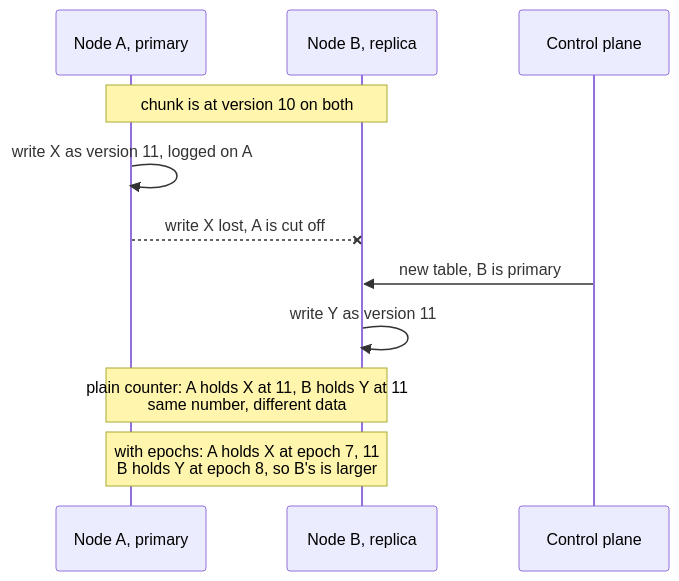
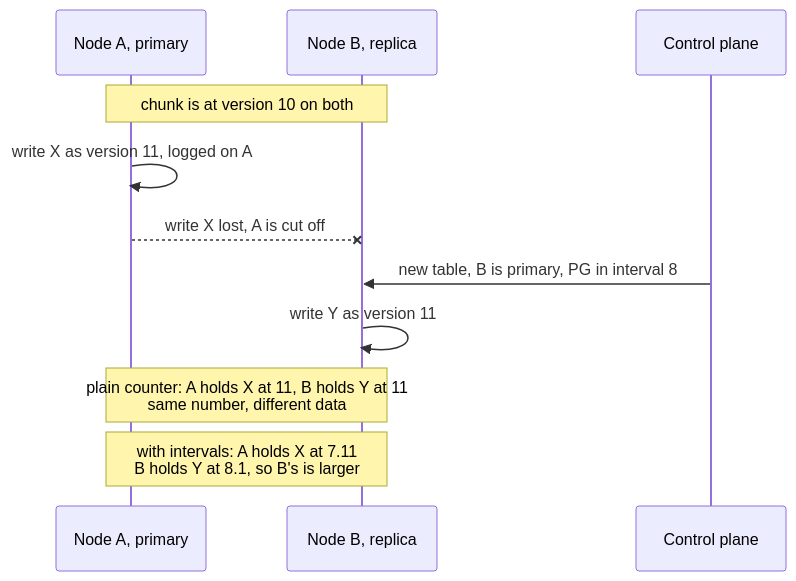
One commit to nvcnvn/rock-solid changed the fourth of 5 diagrams in blogs/02-chunks-and-placement.md. Above: the diagram before and after it, drawn with Mermaid. The commit also changed other lines of this file and 11 other files, not shown here.

````diff
--- a/blogs/02-chunks-and-placement.md
+++ b/blogs/02-chunks-and-placement.md
@@ -554,13 +592,13 @@
 ```mermaid
 sequenceDiagram
     participant A as Node A, primary
     participant B as Node B, replica
     participant CP as Control plane
     Note over A,B: chunk is at version 10 on both
     A->>A: write X as version 11, logged on A
     A--xB: write X lost, A is cut off
-    CP->>B: new table, B is primary
+    CP->>B: new table, B is primary, PG in interval 8
     B->>B: write Y as version 11
     Note over A,B: plain counter: A holds X at 11, B holds Y at 11<br/>same number, different data
-    Note over A,B: with epochs: A holds X at epoch 7, 11<br/>B holds Y at epoch 8, so B's is larger
+    Note over A,B: with intervals: A holds X at 7.11<br/>B holds Y at 8.1, so B's is larger
 ```
````
